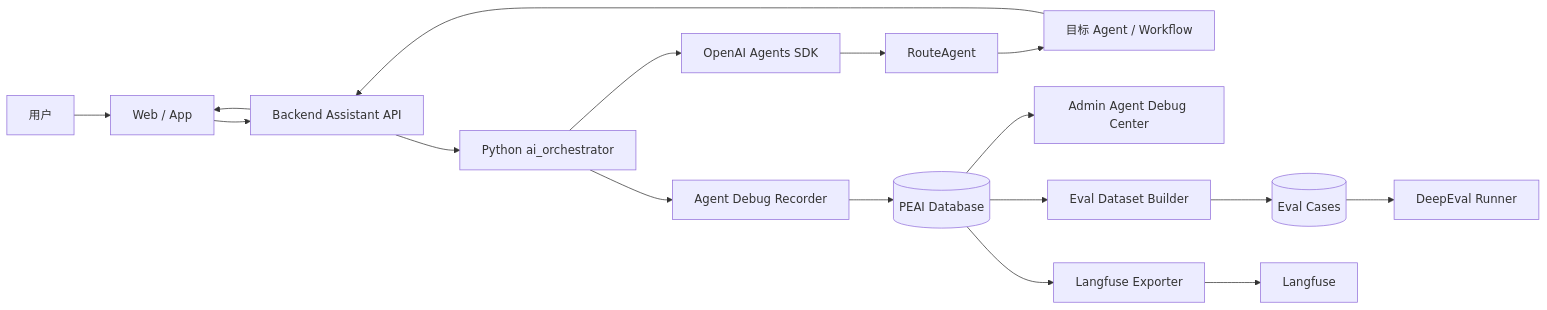
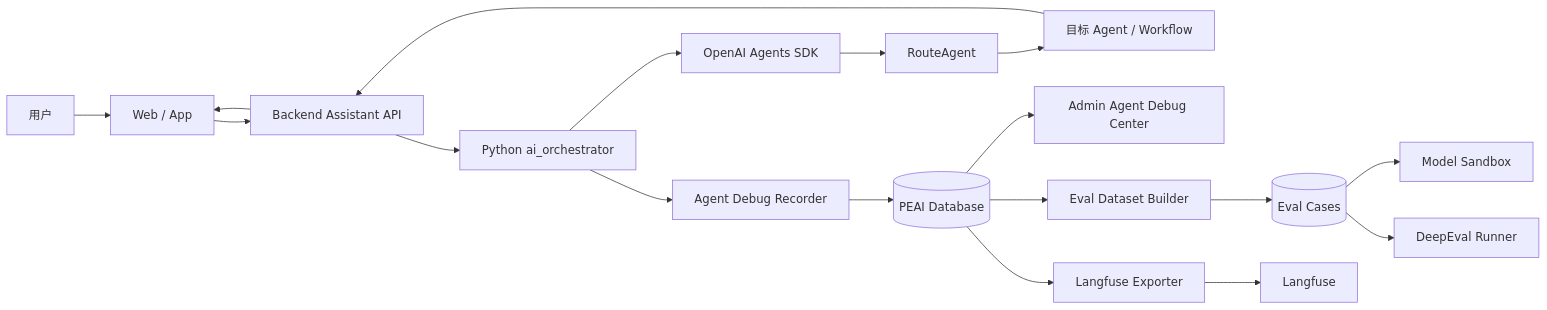
The first of 4 diagrams in docs/agent/agent-observability-center.md (LiMing0016/personalenglishai), drawn with Mermaid before and after one commit. The commit also changed other lines of this file and 110 other files, not shown here.

````diff
--- a/docs/agent/agent-observability-center.md
+++ b/docs/agent/agent-observability-center.md
@@ -25,20 +25,21 @@
 ```mermaid
 flowchart LR
   USER["用户"] --> WEB["Web / App"]
   WEB --> BACKEND["Backend Assistant API"]
   BACKEND --> PY["Python ai_orchestrator"]
   PY --> SDK["OpenAI Agents SDK"]
   SDK --> ROUTER["RouteAgent"]
   ROUTER --> TARGET["目标 Agent / Workflow"]
   TARGET --> BACKEND
   BACKEND --> WEB
 
   PY --> RECORDER["Agent Debug Recorder"]
   RECORDER --> DB[("PEAI Database")]
   DB --> ADMIN["Admin Agent Debug Center"]
   DB --> BUILDER["Eval Dataset Builder"]
   BUILDER --> CASES[("Eval Cases")]
+  CASES --> SANDBOX["Model Sandbox"]
   CASES --> DEEPEVAL["DeepEval Runner"]
   DB --> EXPORTER["Langfuse Exporter"]
   EXPORTER --> LANGFUSE["Langfuse"]
 ```
````
